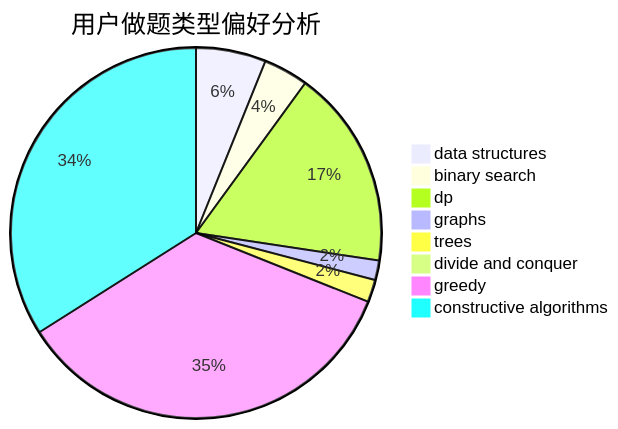
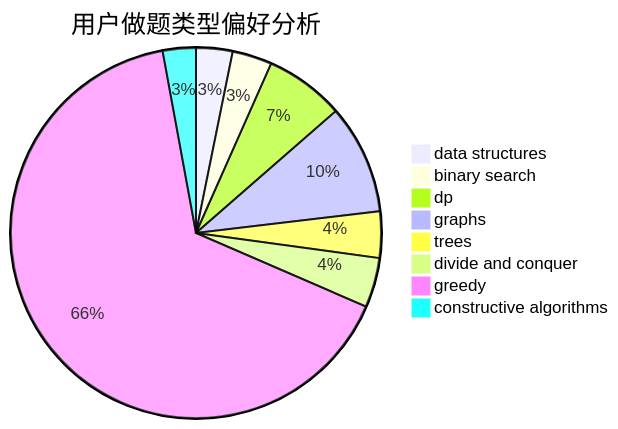
Before and after one commit to sherpahu/cfrs.github.io: the second of 3 diagrams in docs/user/u1674.md, drawn with Mermaid. The commit also changed other lines of this file and 2770 other files, not shown here.

````diff
--- a/docs/user/u1674.md
+++ b/docs/user/u1674.md
@@ -23,11 +23,11 @@
 ```mermaid
 pie title 用户做题类型偏好分析
-    "data structures" :  25
-    "binary search" :  16
-    "dp" :  71
-    "graphs" :  7
-    "trees" :  8
-    "divide and conquer" :  0
-    "greedy" :  143
-    "constructive algorithms" :  139
+    "data structures" :  11
+    "binary search" :  12
+    "dp" :  24
+    "graphs" :  33
+    "trees" :  14
+    "divide and conquer" :  15
+    "greedy" :  227
+    "constructive algorithms" :  10
 ```
````
